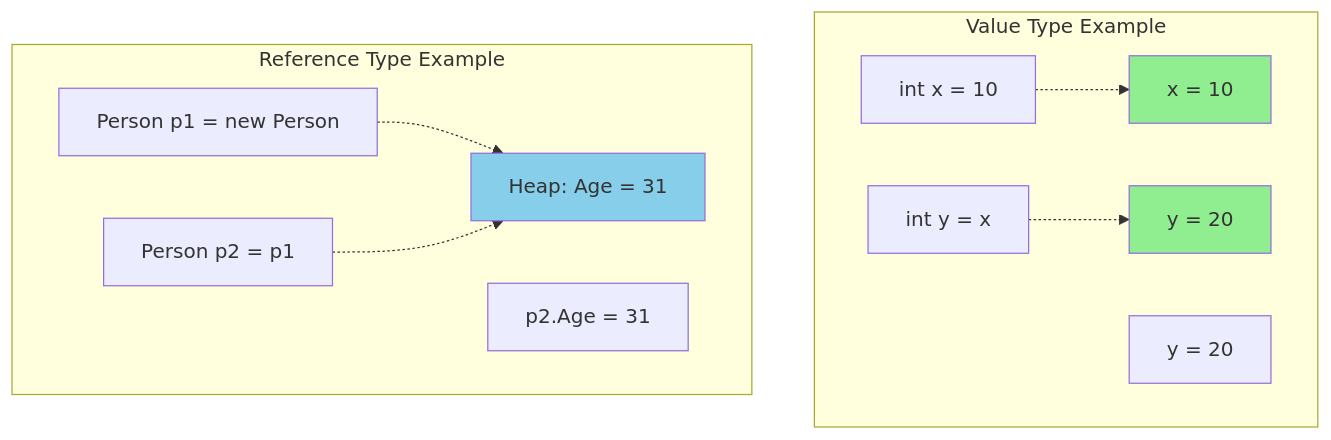
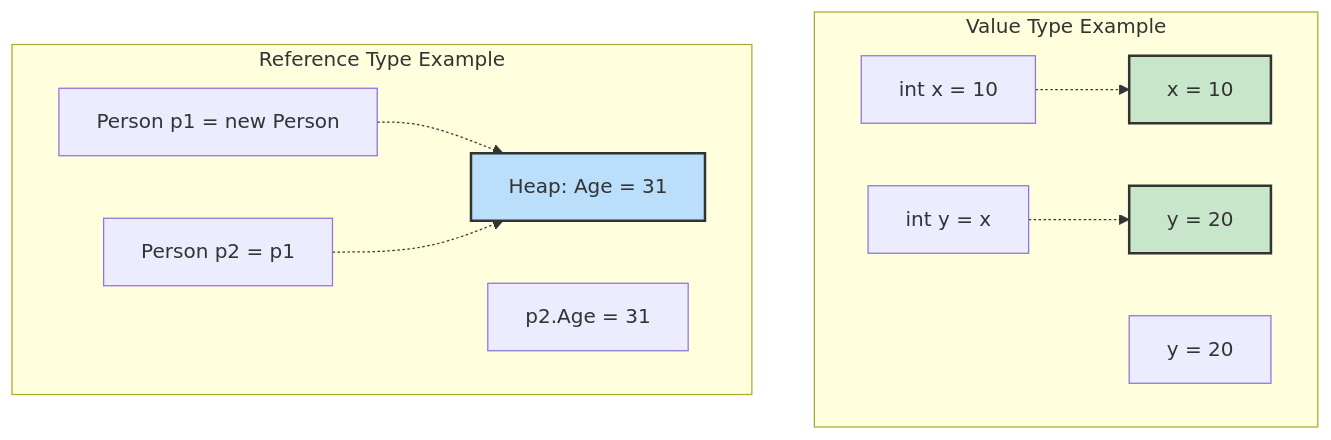
Before and after one commit to NguyenPhamCode4You/ai-home-lab-docker-compose: the seventh of 12 diagrams in C# fundamentals/day01-type-system.md, drawn with Mermaid. The commit also changed other lines of this file and 10 other files, not shown here.

````diff
--- a/C# fundamentals/day01-type-system.md
+++ b/C# fundamentals/day01-type-system.md
@@ -367,22 +373,22 @@
 ```mermaid
 graph TD
     subgraph "Value Type Example"
         A1[int x = 10]
         A2[int y = x]
         A3[y = 20]
         A1 -.-> A4[x = 10]
         A2 -.-> A5[y = 20]
     end
 
     subgraph "Reference Type Example"
         B1[Person p1 = new Person]
         B2[Person p2 = p1]
         B3[p2.Age = 31]
         B1 -.-> B4[Heap: Age = 31]
         B2 -.-> B4
     end
 
-    style A4 fill:#90EE90
-    style A5 fill:#90EE90
-    style B4 fill:#87CEEB
+    style A4 fill:#c8e6c9,stroke:#333,stroke-width:2px
+    style A5 fill:#c8e6c9,stroke:#333,stroke-width:2px
+    style B4 fill:#bbdefb,stroke:#333,stroke-width:2px
 ```
````
